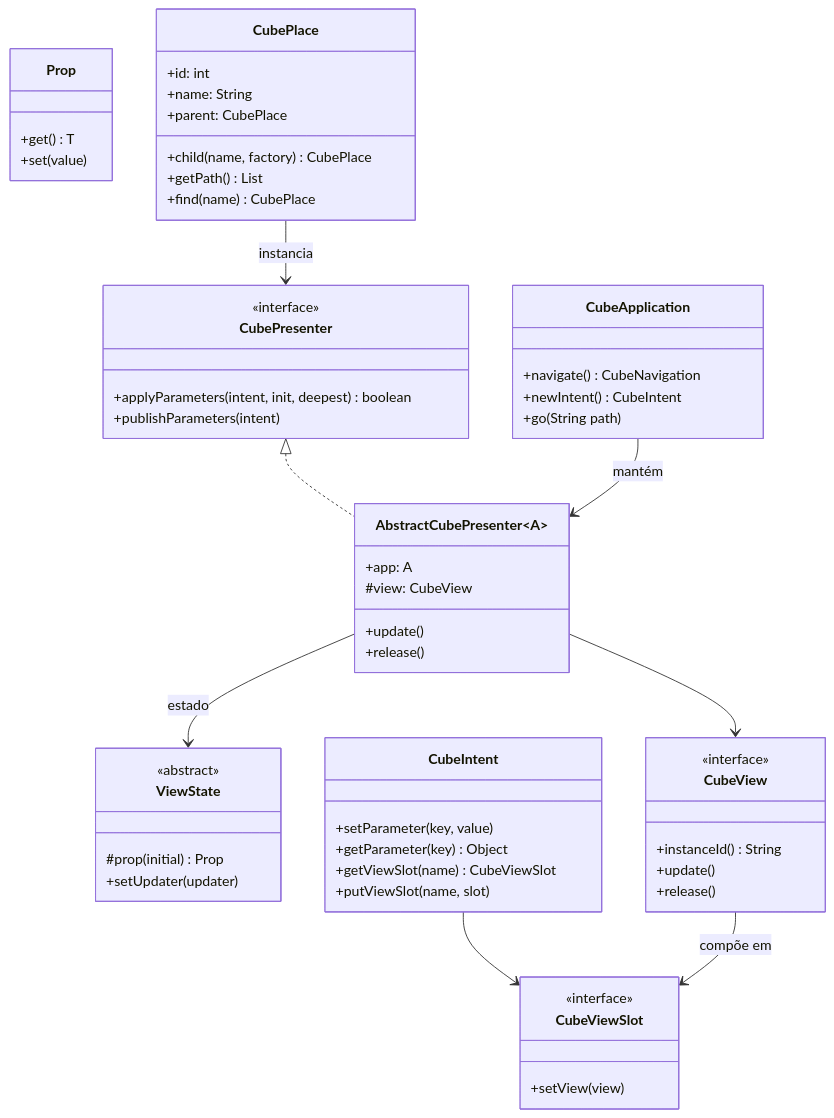
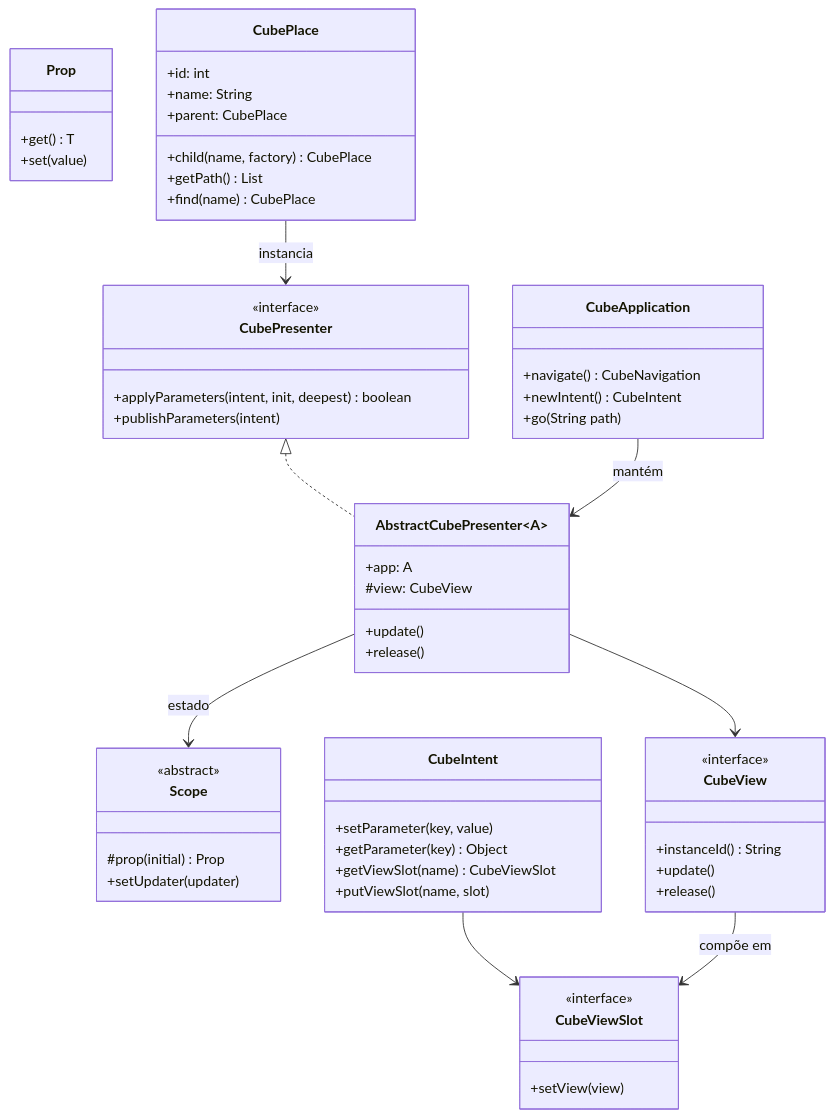
One commit to mrcdom/wdc-cube-java-v2 changed the third of 4 diagrams in docs/cube-mvp-arquitetura-multiplataforma.md. Above: the diagram before and after it, drawn with Mermaid. The commit also changed other lines of this file and 77 other files, not shown here.

First line of the commit message:
🧹 [CHORE] ViewState passa a se chamar Scope

````diff
--- a/docs/cube-mvp-arquitetura-multiplataforma.md
+++ b/docs/cube-mvp-arquitetura-multiplataforma.md
@@ -351,68 +351,68 @@
 ```mermaid
 classDiagram
     class CubeApplication {
         +navigate() CubeNavigation
         +newIntent() CubeIntent
         +go(String path)
     }
 
     class CubePresenter {
         <<interface>>
         +applyParameters(intent, init, deepest) boolean
         +publishParameters(intent)
     }
 
     class AbstractCubePresenter~A~ {
         +app: A
         #view: CubeView
         +update()
         +release()
     }
 
-    class ViewState {
+    class Scope {
         <<abstract>>
         #prop(initial) Prop
         +setUpdater(updater)
     }
 
     class Prop {
         +get() T
         +set(value)
     }
 
     class CubeView {
         <<interface>>
         +instanceId() String
         +update()
         +release()
     }
 
     class CubeViewSlot {
         <<interface>>
         +setView(view)
     }
 
     class CubePlace {
         +id: int
         +name: String
         +parent: CubePlace
         +child(name, factory) CubePlace
         +getPath() List
         +find(name) CubePlace
     }
 
     class CubeIntent {
         +setParameter(key, value)
         +getParameter(key) Object
         +getViewSlot(name) CubeViewSlot
         +putViewSlot(name, slot)
     }
 
     CubePresenter <|.. AbstractCubePresenter
     AbstractCubePresenter --> CubeView
-    AbstractCubePresenter --> ViewState : estado
+    AbstractCubePresenter --> Scope : estado
     CubePlace --> CubePresenter : instancia
     CubeIntent --> CubeViewSlot
     CubeView --> CubeViewSlot : compõe em
     CubeApplication --> AbstractCubePresenter : mantém
 ```
````
